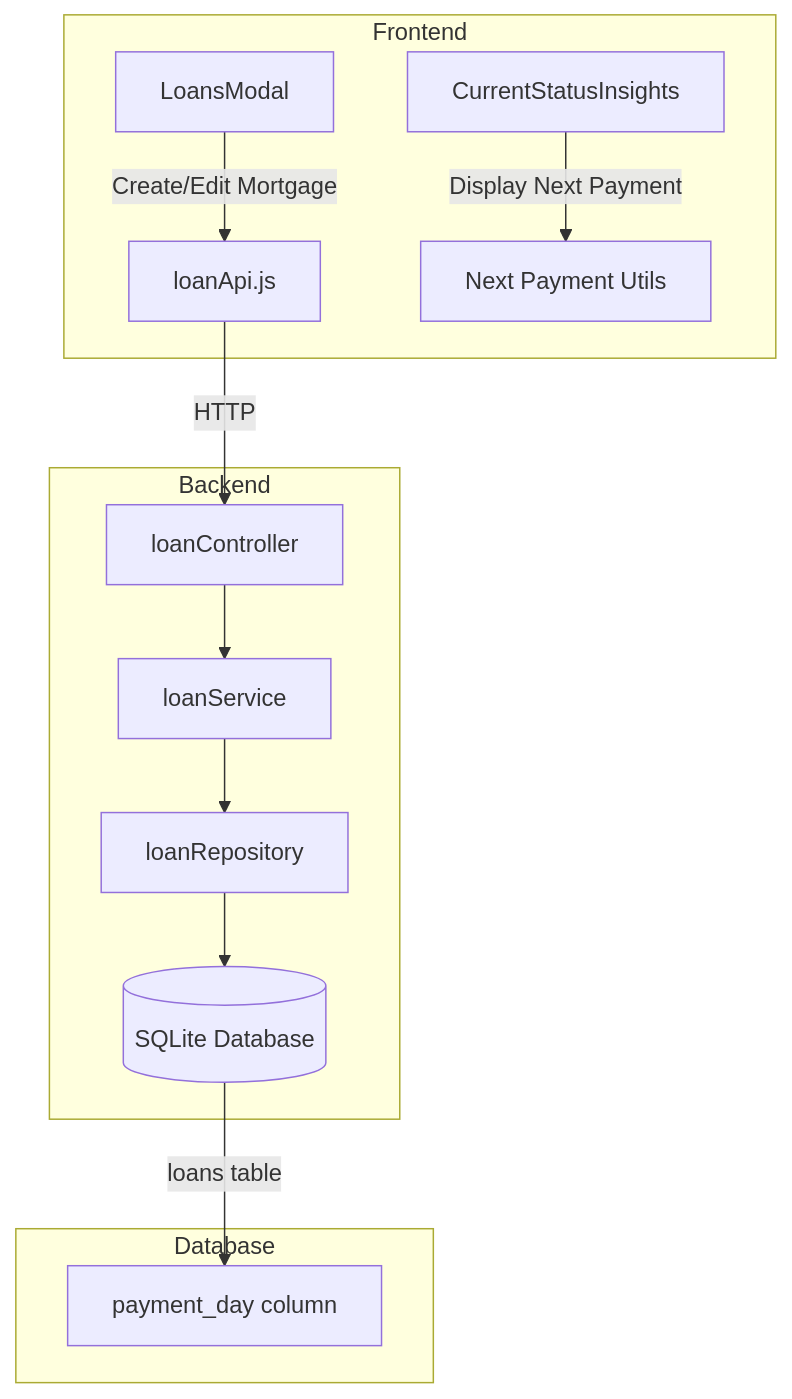
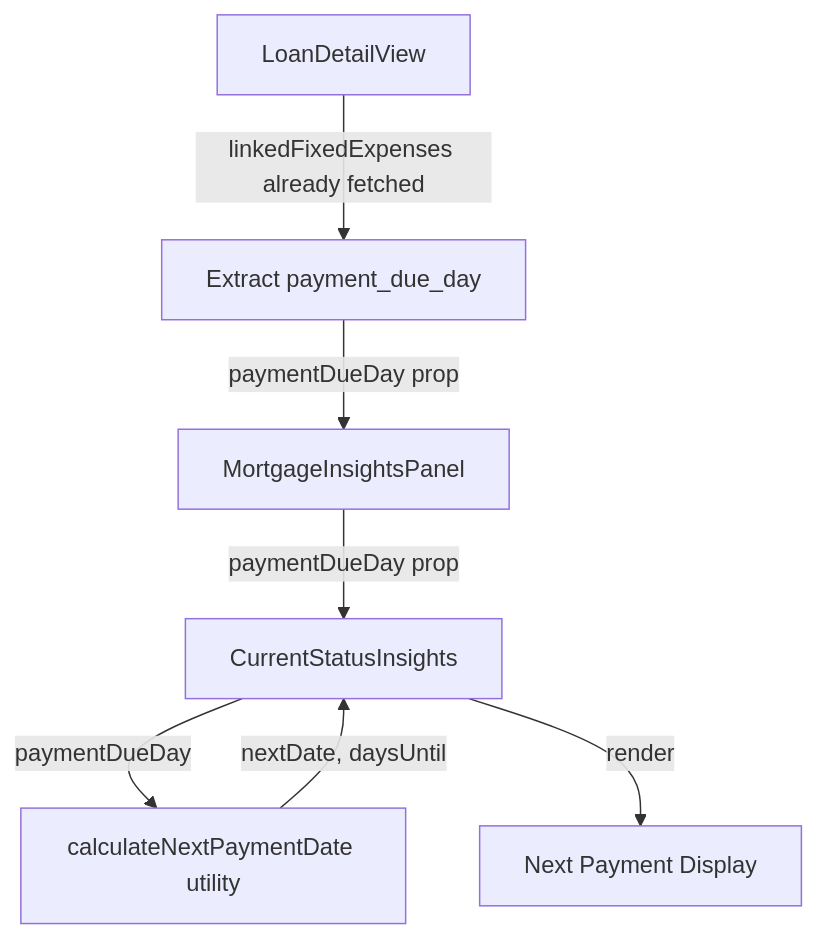
One commit to krazykrazz/Expense-Tracker changed the diagram in .kiro/specs/mortgage-payment-date-tracking/design.md. Above: the diagram before and after it, drawn with Mermaid. The commit also changed other lines of this file and 23 other files, not shown here.

Commit message:
Mortgage Payment Date

````diff
--- a/.kiro/specs/mortgage-payment-date-tracking/design.md
+++ b/.kiro/specs/mortgage-payment-date-tracking/design.md
@@ -13,18 +16,9 @@
 ```mermaid
 graph TB
-    subgraph Frontend
-        LM[LoansModal] --> |Create/Edit Mortgage| LA[loanApi.js]
-        CSI[CurrentStatusInsights] --> |Display Next Payment| NPU[Next Payment Utils]
-    end
-    
-    subgraph Backend
-        LA --> |HTTP| LC[loanController]
-        LC --> LS[loanService]
-        LS --> LR[loanRepository]
-        LR --> DB[(SQLite Database)]
-    end
-    
-    subgraph Database
-        DB --> |loans table| PT[payment_day column]
-    end
+    LDV[LoanDetailView] -->|linkedFixedExpenses already fetched| Extract[Extract payment_due_day]
+    Extract -->|paymentDueDay prop| MIP[MortgageInsightsPanel]
+    MIP -->|paymentDueDay prop| CSI[CurrentStatusInsights]
+    CSI -->|paymentDueDay| NPC[calculateNextPaymentDate utility]
+    NPC -->|nextDate, daysUntil| CSI
+    CSI -->|render| Display[Next Payment Display]
 ```
````
